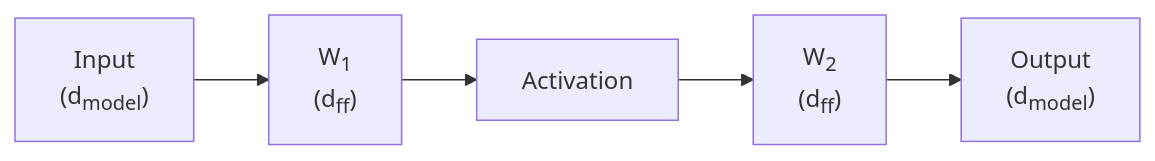
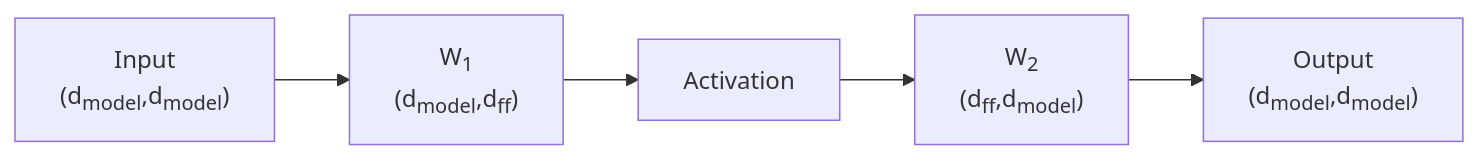
Before and after one commit to ChrisZhu2050/chriszhu2050.github.io: the third of 15 diagrams in index.md, drawn with Mermaid. The commit also changed other lines of this file, not shown here.

````diff
--- a/index.md
+++ b/index.md
@@ -136,10 +136,10 @@
       ```mermaid
       graph LR
           G["`Input
-          (d<sub>model</sub>)`"]  --> 
+          (d<sub>model</sub>,d<sub>model</sub>)`"]  --> 
           A["`W<sub>1</sub>
-          (d<sub>ff</sub>)`"]  --> B["`Activation`"] --> D["`W<sub>2</sub>
-          (d<sub>ff</sub>)
+          (d<sub>model</sub>,d<sub>ff</sub>)`"]  --> B["`Activation`"] --> D["`W<sub>2</sub>
+          (d<sub>ff</sub>,d<sub>model</sub>)
           `"] --> E["`Output
-          (d<sub>model</sub>)`"]
+          (d<sub>model</sub>,d<sub>model</sub>)`"]
       ``` 
````
